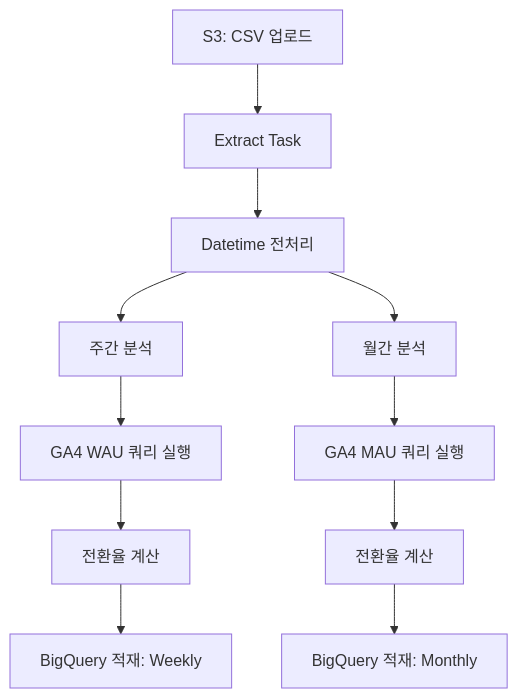
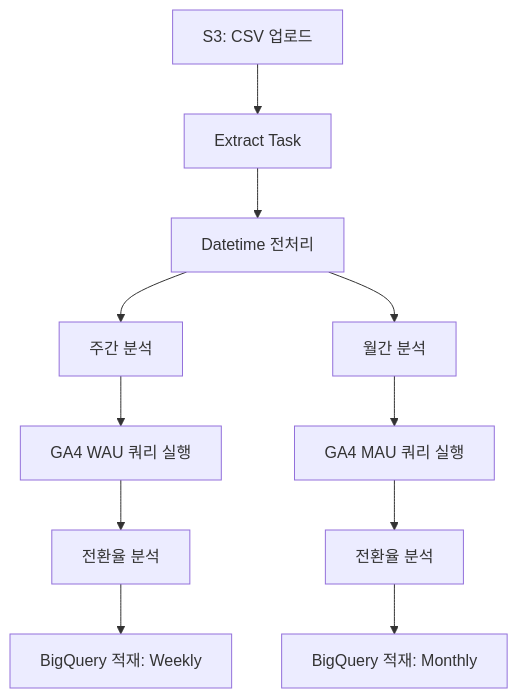
Before and after one commit to minkimNV/personal_airflow: the first of 2 diagrams in README.md, drawn with Mermaid. The commit also changed other lines of this file, not shown here.

````diff
--- a/README.md
+++ b/README.md
@@ -55,13 +66,13 @@
 ```mermaid
 graph TB
   A[S3: CSV 업로드] --> B[Extract Task]
   B --> C[Datetime 전처리]
   C --> D1[주간 분석]
   C --> D2[월간 분석]
   D1 --> E1[GA4 WAU 쿼리 실행]
   D2 --> E2[GA4 MAU 쿼리 실행]
-  E1 --> F1[전환율 계산]
-  E2 --> F2[전환율 계산]
+  E1 --> F1[전환율 분석]
+  E2 --> F2[전환율 분석]
   F1 --> G1[BigQuery 적재: Weekly]
   F2 --> G2[BigQuery 적재: Monthly]
 ```
````
